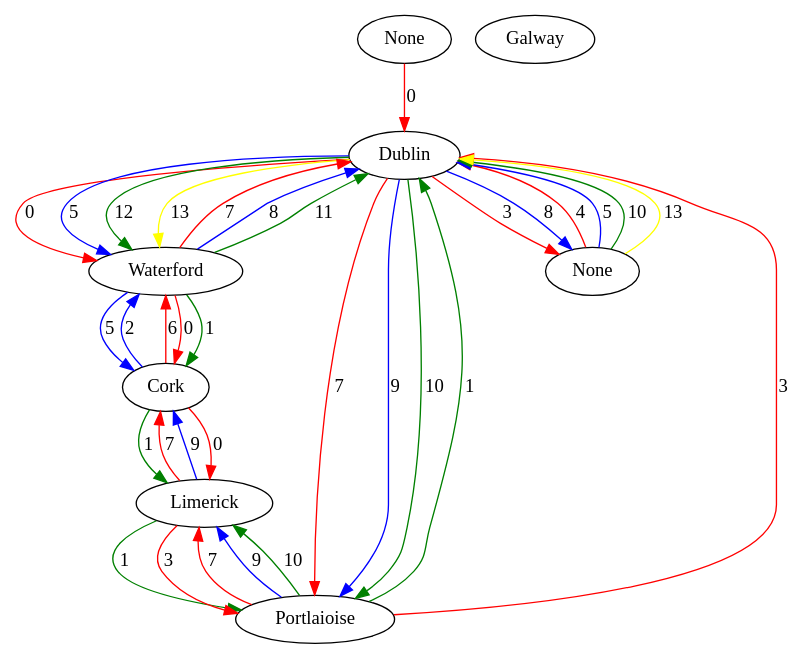
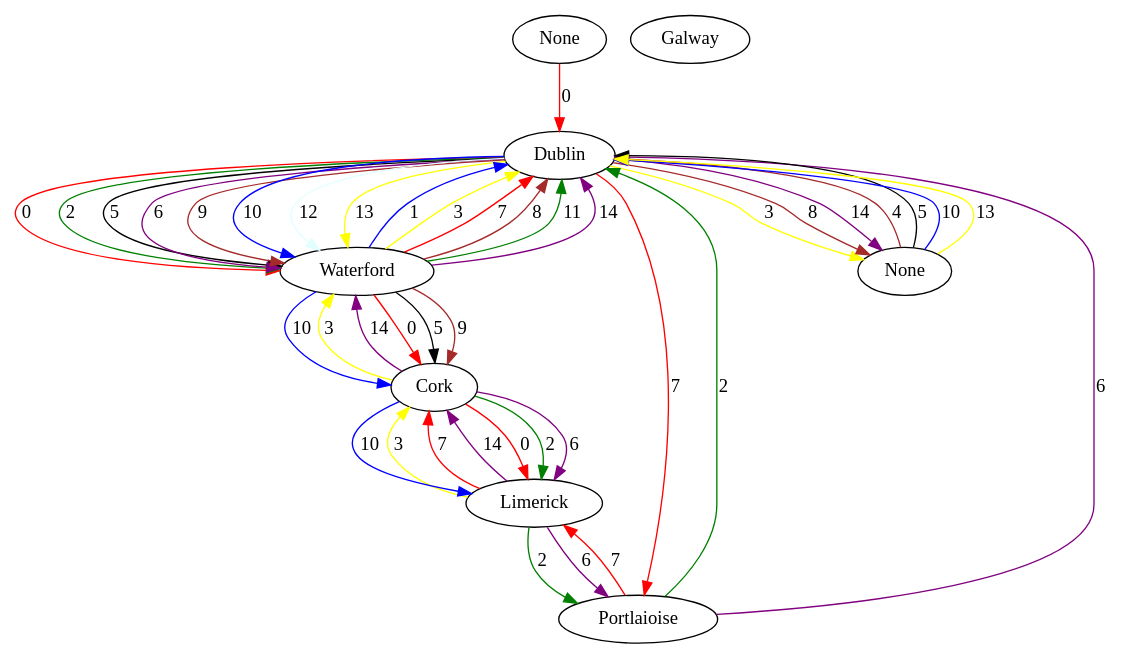
Before and after one commit to Hebbe1234/ExpectAll: the diagram in src/assignedGraphs/assigned.dot, drawn with Graphviz. The commit also changed 4 other files, not shown here.

```diff
--- a/src/assignedGraphs/assigned.dot
+++ b/src/assignedGraphs/assigned.dot
@@ -1,43 +1,51 @@
 digraph  {
 0 [Country=Ireland, Internal=1, Latitude="53.34399", Longitude="-6.26719", label=Dublin, type="Large Node"];
 1 [Country=Ireland, Internal=1, Latitude="53.27194", Longitude="-9.04889", label=Galway, type="Small Node"];
 2 [Country=Ireland, Internal=1, Latitude="52.66472", Longitude="-8.62306", label=Limerick, type="Small Node"];
 3 [Country=Ireland, Internal=1, Latitude="51.89861", Longitude="-8.49583", label=Cork, type="Small Node"];
 4 [Country=Ireland, Internal=1, Latitude="52.25833", Longitude="-7.11194", label=Waterford, type="Small Node"];
 5 [Country=Ireland, Internal=1, Latitude="53.03441", Longitude="-7.29979", label=Portlaioise, type="Small Node"];
 6 [Internal=0, label=None];
 7 [Internal=0, label=None];
 0 -> 4  [color=red, key=0, label=0];
-0 -> 4  [color=blue, key=1, label=5];
-0 -> 4  [color=green, key=2, label=12];
-0 -> 4  [color=yellow, key=3, label=13];
+0 -> 4  [color=green, key=1, label=2];
+0 -> 4  [color=black, key=2, label=5];
+0 -> 4  [color=purple, key=3, label=6];
+0 -> 4  [color=brown, key=4, label=9];
+0 -> 4  [color=blue, key=5, label=10];
+0 -> 4  [color=lightcyan, key=6, label=12];
+0 -> 4  [color=yellow, key=7, label=13];
+0 -> 7  [color=yellow, key=0, label=3];
+0 -> 7  [color=brown, key=1, label=8];
+0 -> 7  [color=purple, key=2, label=14];
 0 -> 5  [color=red, key=0, label=7];
-0 -> 5  [color=blue, key=1, label=9];
-0 -> 5  [color=green, key=2, label=10];
-0 -> 7  [color=red, key=0, label=3];
-0 -> 7  [color=blue, key=1, label=8];
-2 -> 3  [color=red, key=0, label=7];
-2 -> 3  [color=blue, key=1, label=9];
-2 -> 5  [color=green, key=0, label=1];
-2 -> 5  [color=red, key=1, label=3];
+2 -> 5  [color=green, key=0, label=2];
+2 -> 5  [color=purple, key=1, label=6];
+2 -> 3  [color=yellow, key=0, label=3];
+2 -> 3  [color=red, key=1, label=7];
+2 -> 3  [color=purple, key=2, label=14];
 3 -> 2  [color=red, key=0, label=0];
-3 -> 2  [color=green, key=1, label=1];
-3 -> 4  [color=blue, key=0, label=2];
-3 -> 4  [color=red, key=1, label=6];
-4 -> 0  [color=red, key=0, label=7];
-4 -> 0  [color=blue, key=1, label=8];
-4 -> 0  [color=green, key=2, label=11];
+3 -> 2  [color=green, key=1, label=2];
+3 -> 2  [color=purple, key=2, label=6];
+3 -> 2  [color=blue, key=3, label=10];
+3 -> 4  [color=yellow, key=0, label=3];
+3 -> 4  [color=purple, key=1, label=14];
 4 -> 3  [color=red, key=0, label=0];
-4 -> 3  [color=green, key=1, label=1];
-4 -> 3  [color=blue, key=2, label=5];
-5 -> 0  [color=green, key=0, label=1];
-5 -> 0  [color=red, key=1, label=3];
+4 -> 3  [color=black, key=1, label=5];
+4 -> 3  [color=brown, key=2, label=9];
+4 -> 3  [color=blue, key=3, label=10];
+4 -> 0  [color=blue, key=0, label=1];
+4 -> 0  [color=yellow, key=1, label=3];
+4 -> 0  [color=red, key=2, label=7];
+4 -> 0  [color=brown, key=3, label=8];
+4 -> 0  [color=green, key=4, label=11];
+4 -> 0  [color=purple, key=5, label=14];
+5 -> 0  [color=green, key=0, label=2];
+5 -> 0  [color=purple, key=1, label=6];
 5 -> 2  [color=red, key=0, label=7];
-5 -> 2  [color=blue, key=1, label=9];
-5 -> 2  [color=green, key=2, label=10];
 6 -> 0  [color=red, key=0, label=0];
-7 -> 0  [color=red, key=0, label=4];
-7 -> 0  [color=blue, key=1, label=5];
-7 -> 0  [color=green, key=2, label=10];
+7 -> 0  [color=brown, key=0, label=4];
+7 -> 0  [color=black, key=1, label=5];
+7 -> 0  [color=blue, key=2, label=10];
 7 -> 0  [color=yellow, key=3, label=13];
 }
```
